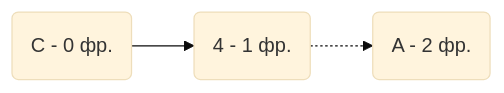
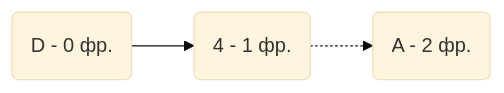
One commit to hse-algo-24-crow/manual-tasks-crow changed the third of 15 diagrams in task-8/Milty-task-8.md. Above: the diagram before and after it, drawn with Mermaid (base theme). The commit also changed other lines of this file, not shown here.

````diff
--- a/task-8/Milty-task-8.md
+++ b/task-8/Milty-task-8.md
@@ -87,4 +106,6 @@
 ```mermaid
 graph LR
-    C(C - 0 фр.) --> 4(4 - 1 фр.) -.-> A(A - 2 фр.)
+    D(D - 0 фр.)  --> 4(4 - 1 фр.) -.-> A(A - 2 фр.)
+    
+    
 ```
````
